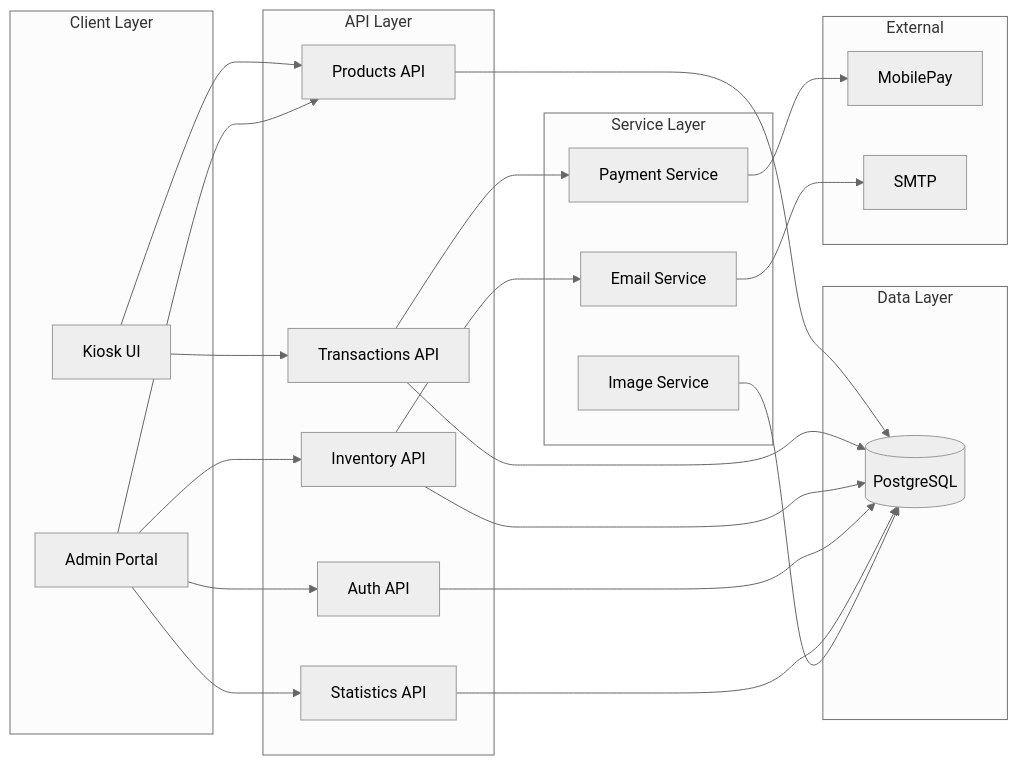
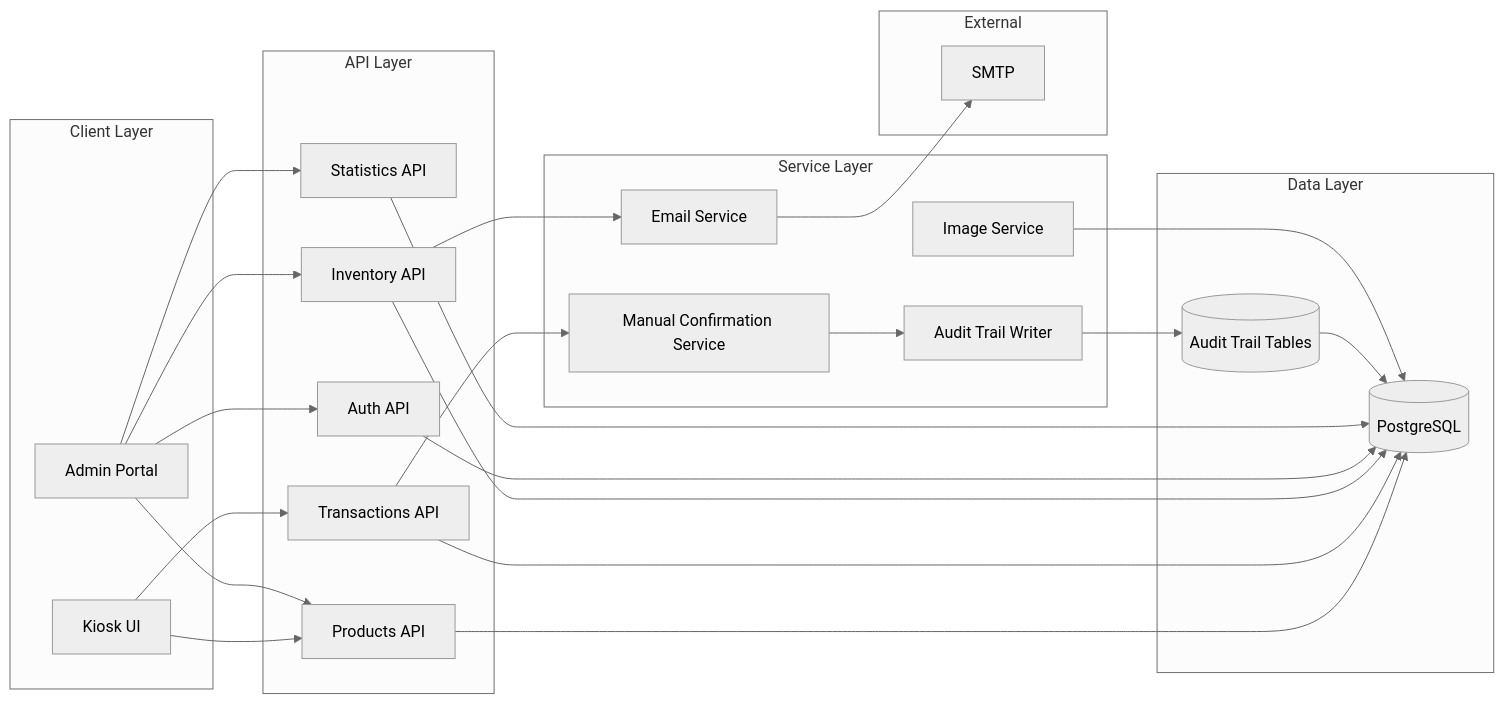
Before and after one commit to JYU-GENIUS-project/snackbar_v1: the seventh of 7 diagrams in docs/architecture/C4_Architecture.md, drawn with Mermaid (neutral theme). The commit also changed other lines of this file and 38 other files, not shown here.

Commit message:
chore: finalize manual confirmation rollout

````diff
--- a/docs/architecture/C4_Architecture.md
+++ b/docs/architecture/C4_Architecture.md
@@ -570,49 +552,52 @@
 ```mermaid
 flowchart LR
     subgraph "Client Layer"
         kiosk[Kiosk UI]
         admin[Admin Portal]
     end
     
     subgraph "API Layer"
         products[Products API]
         transactions[Transactions API]
         auth[Auth API]
         inventory[Inventory API]
         stats[Statistics API]
     end
     
     subgraph "Service Layer"
-        payment[Payment Service]
-        email[Email Service]
-        image[Image Service]
+      confirmation[Manual Confirmation Service]
+      email[Email Service]
+      image[Image Service]
+      auditWriter[Audit Trail Writer]
     end
     
     subgraph "Data Layer"
-        db[(PostgreSQL)]
+      db[(PostgreSQL)]
+      audit[(Audit Trail Tables)]
     end
     
     subgraph "External"
-        mp[MobilePay]
-        smtp[SMTP]
+      smtp[SMTP]
     end
     
     kiosk --> products
     kiosk --> transactions
     admin --> auth
     admin --> products
     admin --> inventory
     admin --> stats
     
     products --> db
-    transactions --> payment
+    transactions --> confirmation
     transactions --> db
     inventory --> db
     inventory --> email
     auth --> db
     stats --> db
     
-    payment --> mp
+    confirmation --> auditWriter
+    auditWriter --> audit
+    audit --> db
     email --> smtp
     image --> db
 ```
````
